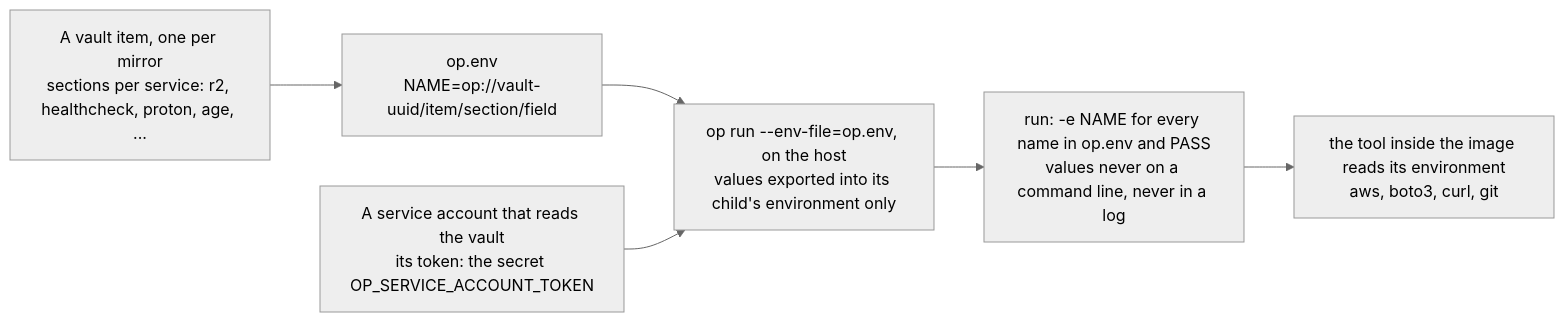
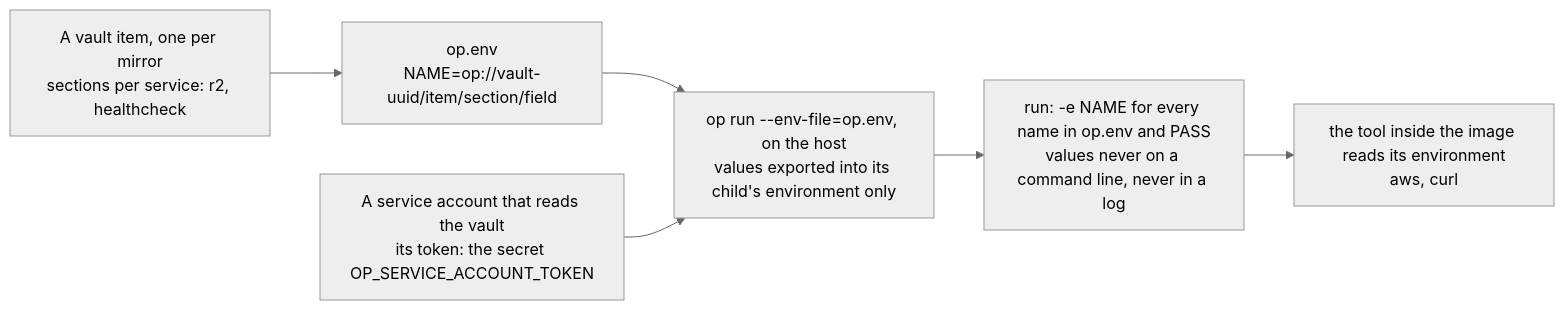
The eighth of 10 diagrams in README.md (katoptra/lib), drawn with Mermaid (neutral theme) before and after one commit. The commit also changed other lines of this file and 17 other files, not shown here.

First line of the commit message:
feat(engines): drop the proton engine and its image (#33)

````diff
--- a/README.md
+++ b/README.md
@@ -858,8 +728,8 @@
 ```mermaid
 flowchart LR
-  item["A vault item, one per mirror<br/>sections per service: r2, healthcheck, proton, age, ..."] --> ref["op.env<br/>NAME=op://vault-uuid/item/section/field"]
+  item["A vault item, one per mirror<br/>sections per service: r2, healthcheck"] --> ref["op.env<br/>NAME=op://vault-uuid/item/section/field"]
   ref --> oprun["op run --env-file=op.env, on the host<br/>values exported into its child's environment only"]
   sa["A service account that reads the vault<br/>its token: the secret OP_SERVICE_ACCOUNT_TOKEN"] --> oprun
   oprun --> run["run: -e NAME for every name in op.env and PASS<br/>values never on a command line, never in a log"]
-  run --> tool["the tool inside the image reads its environment<br/>aws, boto3, curl, git"]
+  run --> tool["the tool inside the image reads its environment<br/>aws, curl"]
 ```
````
